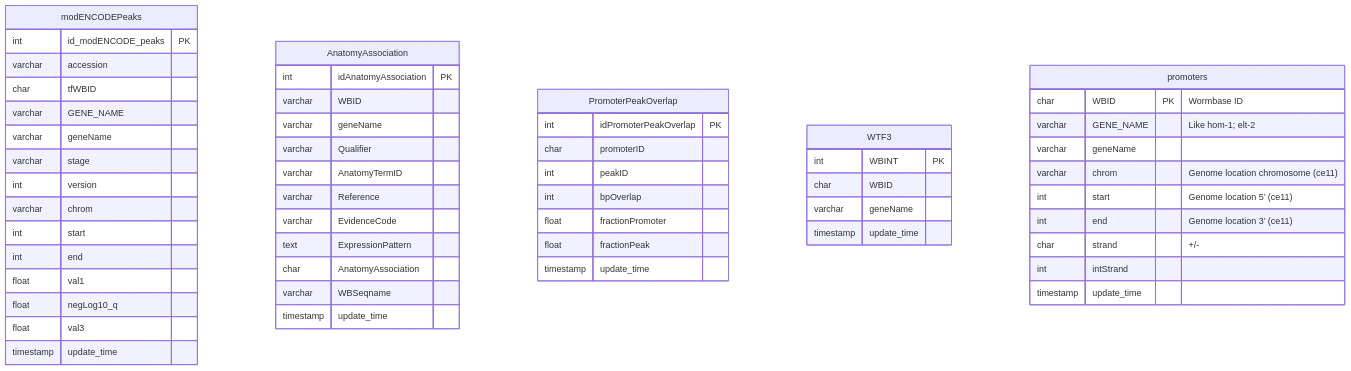
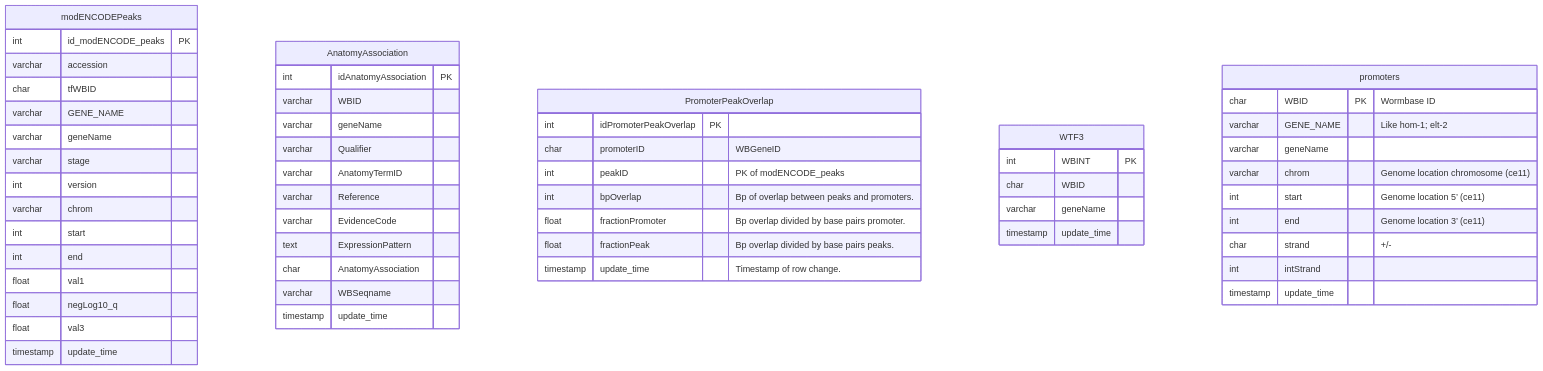
The fourth of 4 diagrams in README.md (meekrob/OnishRDB), drawn with Mermaid before and after one commit.

````diff
--- a/README.md
+++ b/README.md
@@ -273,64 +273,64 @@
 ```mermaid
 erDiagram
 
 modENCODEPeaks {
 int id_modENCODE_peaks PK
 varchar accession 
 char tfWBID 
 varchar GENE_NAME 
 varchar geneName 
 varchar stage 
 int version 
 varchar chrom 
 int start 
 int end 
 float val1 
 float negLog10_q 
 float val3 
 timestamp update_time 
 }
 
 AnatomyAssociation {
 int idAnatomyAssociation PK
 varchar WBID 
 varchar geneName 
 varchar Qualifier 
 varchar AnatomyTermID 
 varchar Reference 
 varchar EvidenceCode 
 text ExpressionPattern 
 char AnatomyAssociation 
 varchar WBSeqname 
 timestamp update_time 
 }
 
 PromoterPeakOverlap {
-int idPromoterPeakOverlap PK
-char promoterID 
-int peakID
-int bpOverlap 
-float fractionPromoter 
-float fractionPeak 
-timestamp update_time 
+int idPromoterPeakOverlap PK ""
+char promoterID  "WBGeneID"
+int peakID  "PK of modENCODE_peaks"
+int bpOverlap  "Bp of overlap between peaks and promoters."
+float fractionPromoter  "Bp overlap divided by base pairs promoter."
+float fractionPeak  "Bp overlap divided by base pairs peaks."
+timestamp update_time  "Timestamp of row change."
 }
 
 WTF3 {
 int WBINT PK
 char WBID 
 varchar geneName 
 timestamp update_time 
 }
 
 promoters {
 char WBID PK "Wormbase ID"
 varchar GENE_NAME  "Like hom-1; elt-2"
 varchar geneName  ""
 varchar chrom  "Genome location chromosome (ce11)"
 int start  "Genome location 5’  (ce11)"
 int end  "Genome location 3’ (ce11)"
 char strand  "+/-"
 int intStrand  ""
 timestamp update_time  ""
 }
 
 ```
````
